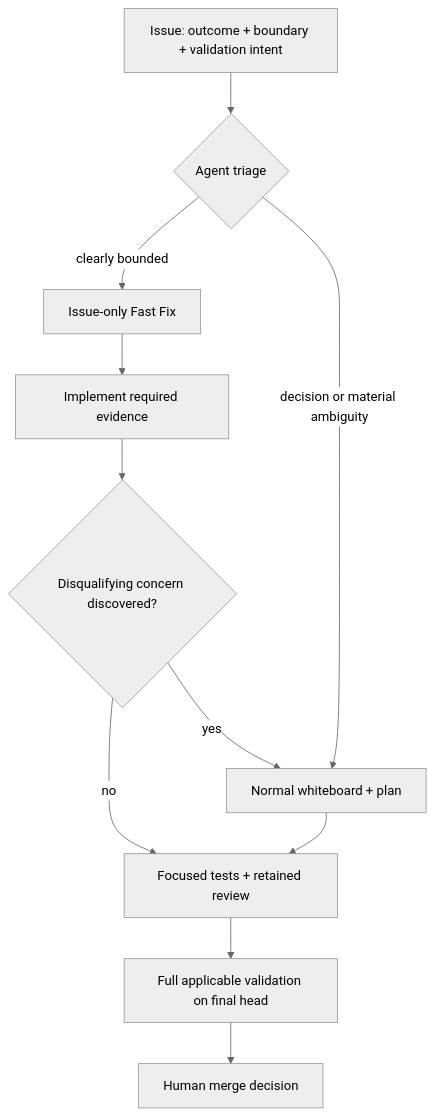
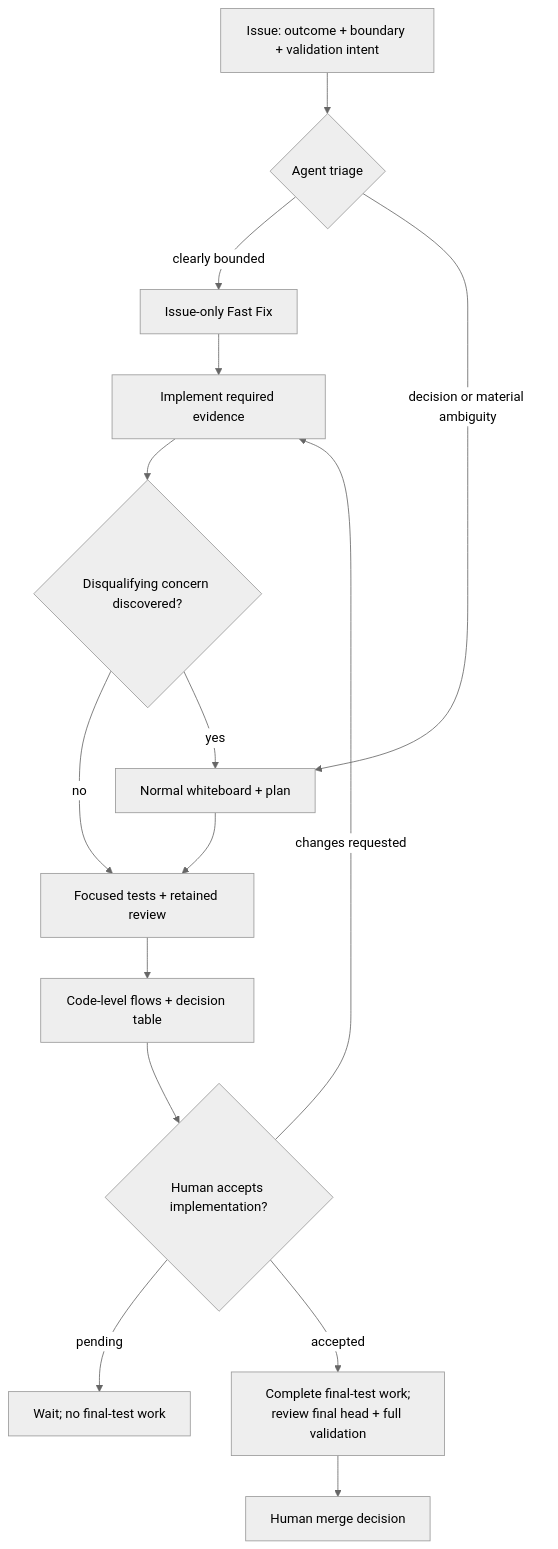
Before and after one commit to hhhhhusky777/spec-driven-delivery-playbook: the fifth of 16 diagrams in README.md, drawn with Mermaid (neutral theme). The commit also changed other lines of this file and 10 other files, not shown here.

Commit message:
feat: require code-grounded human review before final-test work

````diff
--- a/README.md
+++ b/README.md
@@ -307,13 +307,17 @@
 ```mermaid
 flowchart TD
     I["Issue: outcome + boundary + validation intent"] --> T{"Agent triage"}
     T -->|"clearly bounded"| F["Issue-only Fast Fix"]
     T -->|"decision or material ambiguity"| W["Normal whiteboard + plan"]
     F --> E["Implement required evidence"]
     E --> Q{"Disqualifying concern discovered?"}
     Q -->|"no"| R["Focused tests + retained review"]
     Q -->|"yes"| W
     W --> R
-    R --> V["Full applicable validation on final head"]
+    R --> B["Code-level flows + decision table"]
+    B --> A{"Human accepts implementation?"}
+    A -->|"changes requested"| E
+    A -->|"pending"| W1["Wait; no final-test work"]
+    A -->|"accepted"| V["Complete final-test work;<br/>review final head + full validation"]
     V --> H["Human merge decision"]
 ```
````
